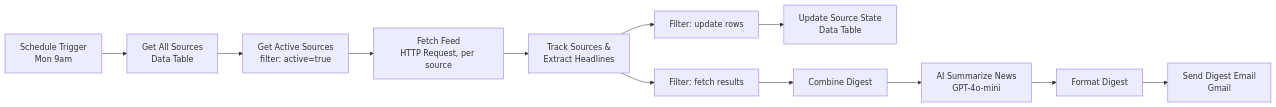
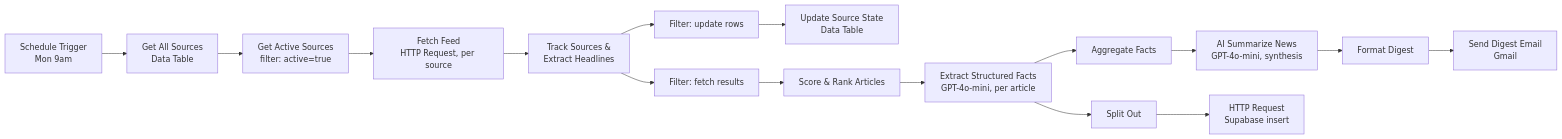
The first of 2 diagrams in docs/ARCHITECTURE.md (codex83/ai-competitor-news-monitor), drawn with Mermaid before and after one commit. The commit also changed other lines of this file and 4 other files, not shown here.

````diff
--- a/docs/ARCHITECTURE.md
+++ b/docs/ARCHITECTURE.md
@@ -5,17 +5,22 @@
 ```mermaid
 flowchart LR
     Trigger[Schedule Trigger<br/>Mon 9am] --> GetAll[Get All Sources<br/>Data Table]
     GetAll --> GetActive[Get Active Sources<br/>filter: active=true]
     GetActive --> Fetch[Fetch Feed<br/>HTTP Request, per source]
     Fetch --> Track[Track Sources &<br/>Extract Headlines]
 
     Track --> FilterUpd[Filter: update rows]
     Track --> FilterFetch[Filter: fetch results]
 
     FilterUpd --> UpdateState[Update Source State<br/>Data Table]
 
-    FilterFetch --> Combine[Combine Digest]
-    Combine --> AI[AI Summarize News<br/>GPT-4o-mini]
+    FilterFetch --> Score[Score & Rank Articles]
+    Score --> Extract[Extract Structured Facts<br/>GPT-4o-mini, per article]
+    Extract --> Aggregate[Aggregate Facts]
+    Aggregate --> AI[AI Summarize News<br/>GPT-4o-mini, synthesis]
     AI --> Format[Format Digest]
     Format --> Send[Send Digest Email<br/>Gmail]
+
+    Extract --> SplitOut[Split Out]
+    SplitOut --> Ingest[HTTP Request<br/>Supabase insert]
 ```
````
